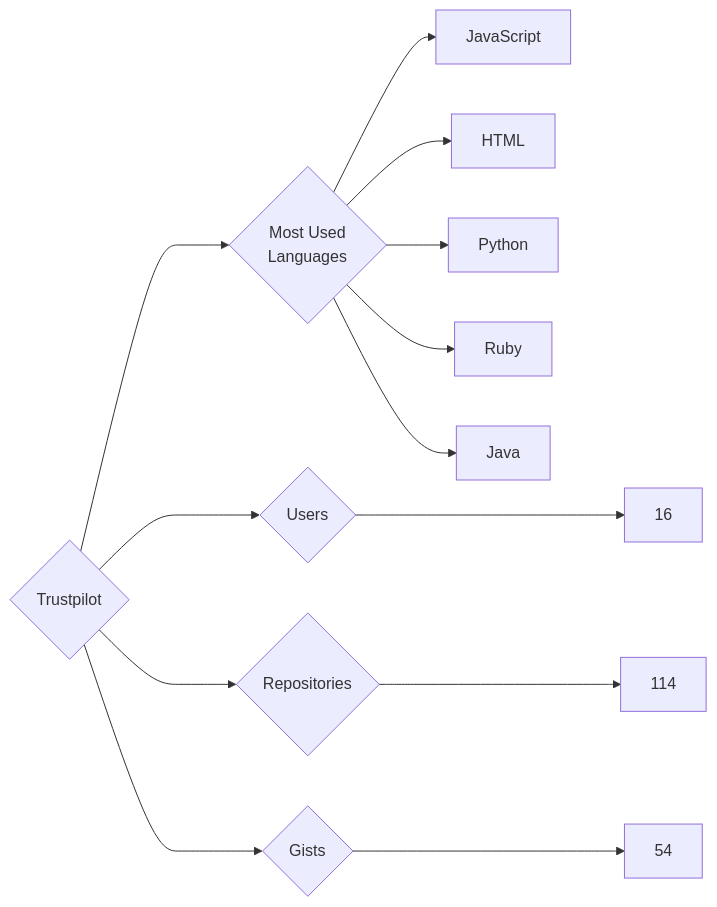
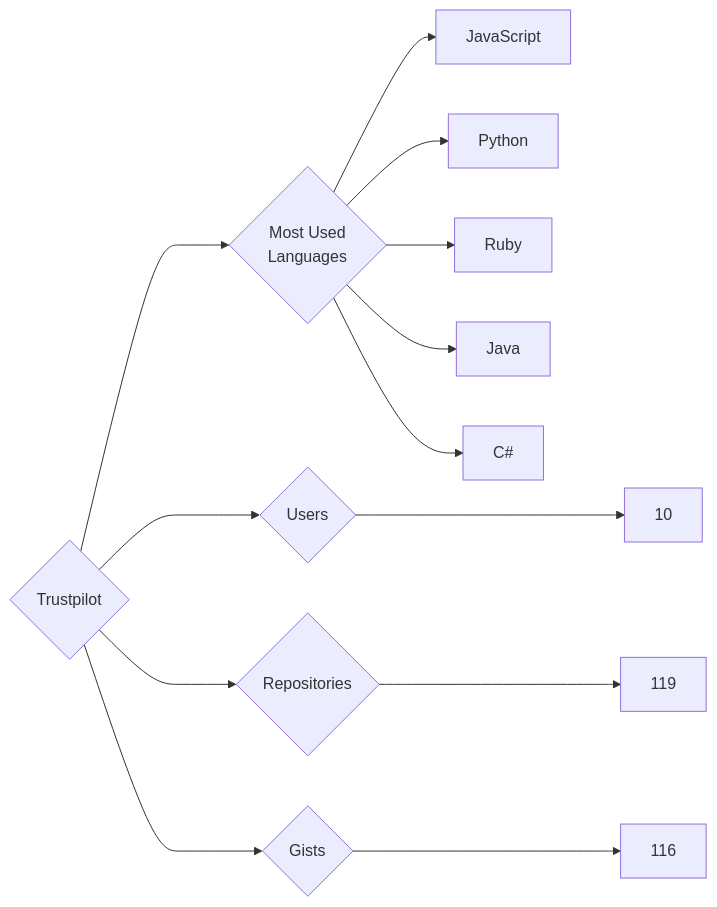
The diagram in targets/Trustpilot/README.md (trickest/insiders), drawn with Mermaid before and after one commit. The commit also changed 870 other files, not shown here.

````diff
--- a/targets/Trustpilot/README.md
+++ b/targets/Trustpilot/README.md
@@ -3,13 +3,13 @@
 ```mermaid
 graph LR
 COMPANY_NAME{Trustpilot}
-COMPANY_NAME ---> U{Users} ---> UN[16]
-COMPANY_NAME ---> R{Repositories} ---> RN[114]
-COMPANY_NAME ---> G{Gists} ---> GN[54]
+COMPANY_NAME ---> U{Users} ---> UN[10]
+COMPANY_NAME ---> R{Repositories} ---> RN[119]
+COMPANY_NAME ---> G{Gists} ---> GN[116]
 COMPANY_NAME ---> ML{Most Used<br>Languages}
 ML --> JavaScript[JavaScript]
-ML --> HTML[HTML]
 ML --> Python[Python]
 ML --> Ruby[Ruby]
 ML --> Java[Java]
+ML --> C#[C#]
 ```
````
